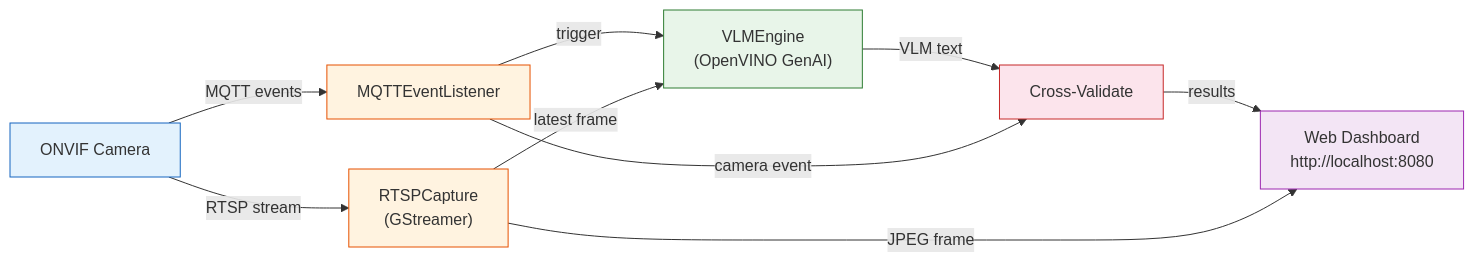
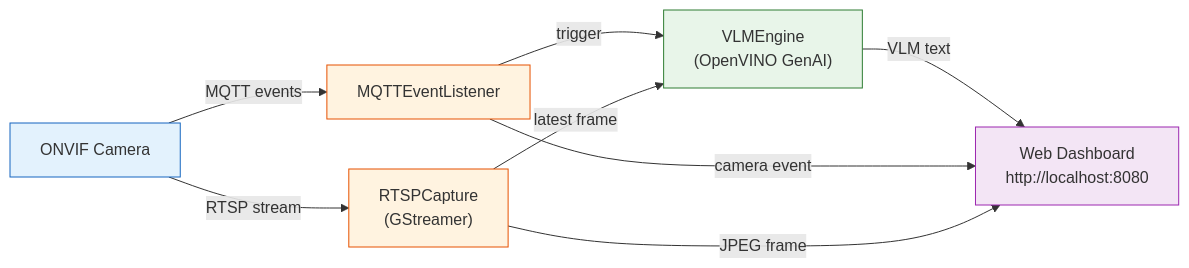
One commit to open-edge-platform/dlstreamer changed the diagram in samples/gstreamer/python/onvif_camera_analytics_validation/README.md. Above: the diagram before and after it, drawn with Mermaid. The commit also changed 2 other files, not shown here.

Commit message:
Updated the sample with seperate html file

````diff
--- a/samples/gstreamer/python/onvif_camera_analytics_validation/README.md
+++ b/samples/gstreamer/python/onvif_camera_analytics_validation/README.md
@@ -10,18 +10,16 @@
 ```mermaid
 graph LR
     A["ONVIF Camera"] -->|"RTSP stream"| B["RTSPCapture\n(GStreamer)"]
     A -->|"MQTT events"| C["MQTTEventListener"]
     C -->|"trigger"| D["VLMEngine\n(OpenVINO GenAI)"]
     B -->|"latest frame"| D
-    D -->|"VLM text"| E["Cross-Validate"]
-    C -->|"camera event"| E
-    E -->|"results"| F["Web Dashboard\nhttp://localhost:8080"]
+    D -->|"VLM text"| F["Web Dashboard\nhttp://localhost:8080"]
+    C -->|"camera event"| F
     B -->|"JPEG frame"| F
 
     style A fill:#e3f2fd,stroke:#1565C0
     style B fill:#fff3e0,stroke:#E65100
     style C fill:#fff3e0,stroke:#E65100
     style D fill:#e8f5e9,stroke:#2E7D32
-    style E fill:#fce4ec,stroke:#C62828
     style F fill:#f3e5f5,stroke:#9C27B0
 ```
````
